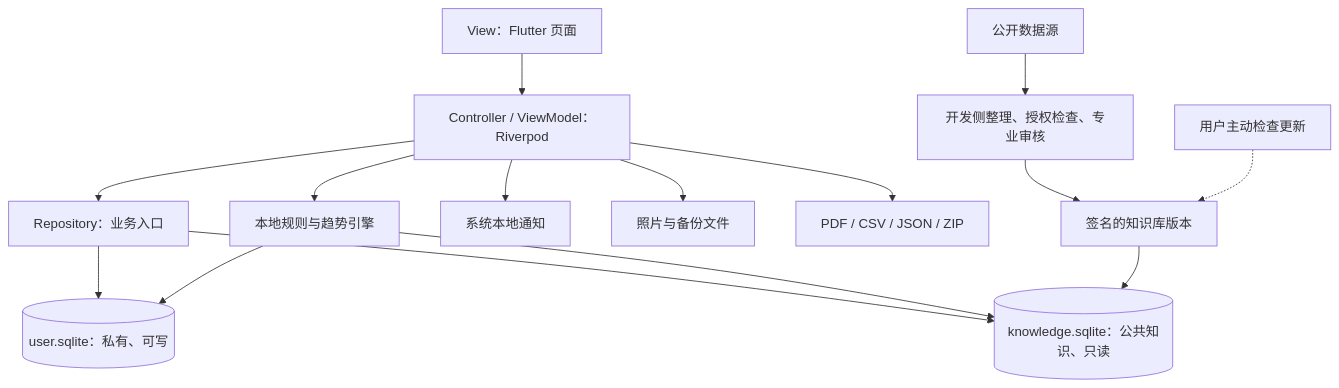
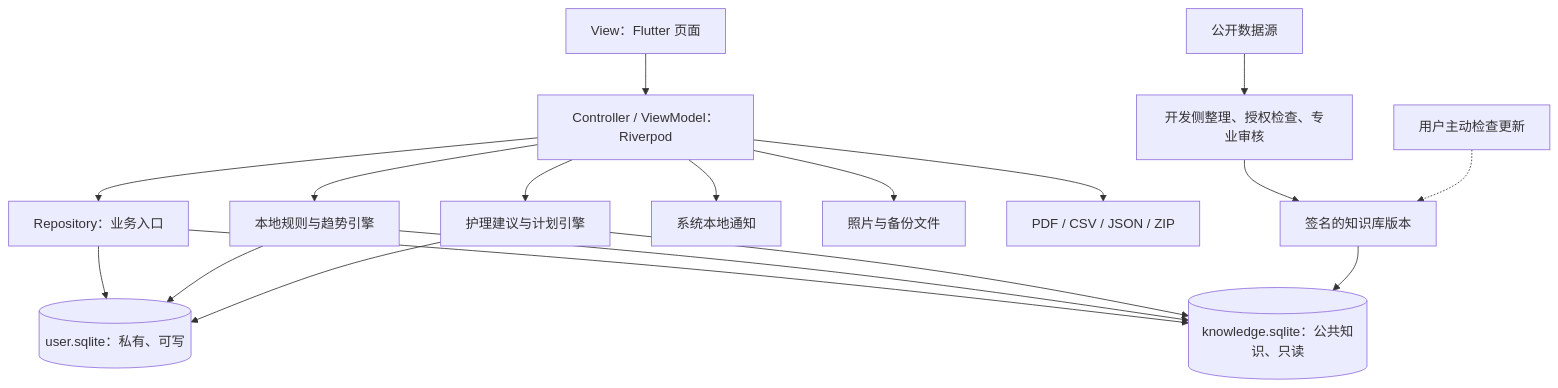
The third of 8 diagrams in PROJECT_BLUEPRINT.md (Q-LL/pet-health), drawn with Mermaid before and after one commit. The commit also changed other lines of this file, not shown here.

````diff
--- a/PROJECT_BLUEPRINT.md
+++ b/PROJECT_BLUEPRINT.md
@@ -108,20 +111,23 @@
 ```mermaid
 flowchart TD
     V["View：Flutter 页面"] --> VM["Controller / ViewModel：Riverpod"]
     VM --> REPO["Repository：业务入口"]
 
     REPO --> USERDB[("user.sqlite：私有、可写")]
     REPO --> KNOWDB[("knowledge.sqlite：公共知识、只读")]
     VM --> RULES["本地规则与趋势引擎"]
+    VM --> CARERULES["护理建议与计划引擎"]
     RULES --> USERDB
     RULES --> KNOWDB
+    CARERULES --> USERDB
+    CARERULES --> KNOWDB
 
     VM --> NOTIFY["系统本地通知"]
     VM --> FILES["照片与备份文件"]
     VM --> EXPORT["PDF / CSV / JSON / ZIP"]
 
     PUBLIC["公开数据源"] --> PIPE["开发侧整理、授权检查、专业审核"]
     PIPE --> PACKAGE["签名的知识库版本"]
     PACKAGE --> KNOWDB
     OPTIONAL["用户主动检查更新"] -.-> PACKAGE
 ```
````
